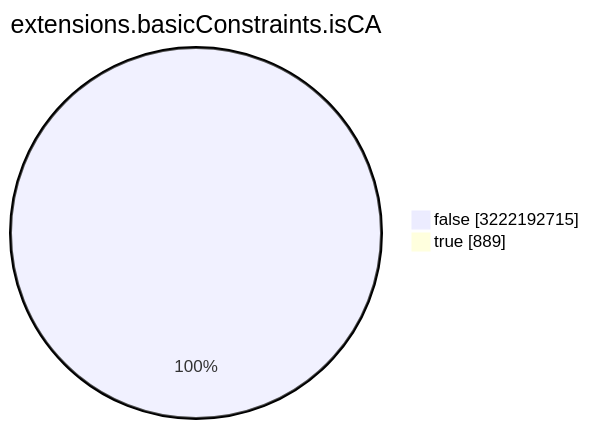
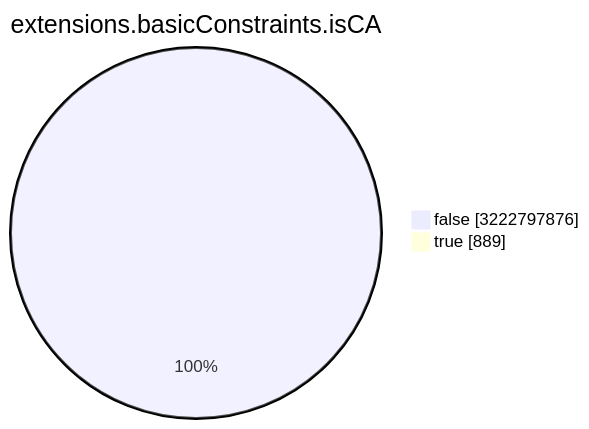
Before and after one commit to christiankrug/ctmonitor_visualization: the seventh of 15 diagrams in TOTAL/README.md, drawn with Mermaid. The commit also changed other lines of this file, not shown here.

````diff
--- a/TOTAL/README.md
+++ b/TOTAL/README.md
@@ -3088,6 +3088,6 @@
 ```mermaid
 pie showData
 title extensions.basicConstraints.isCA
-"false" :3222192715
+"false" :3222797876
 "true" :889
 ```
````
